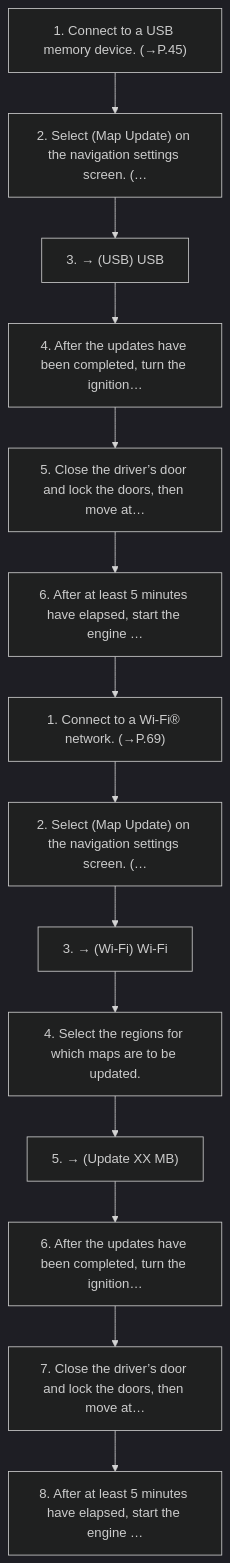
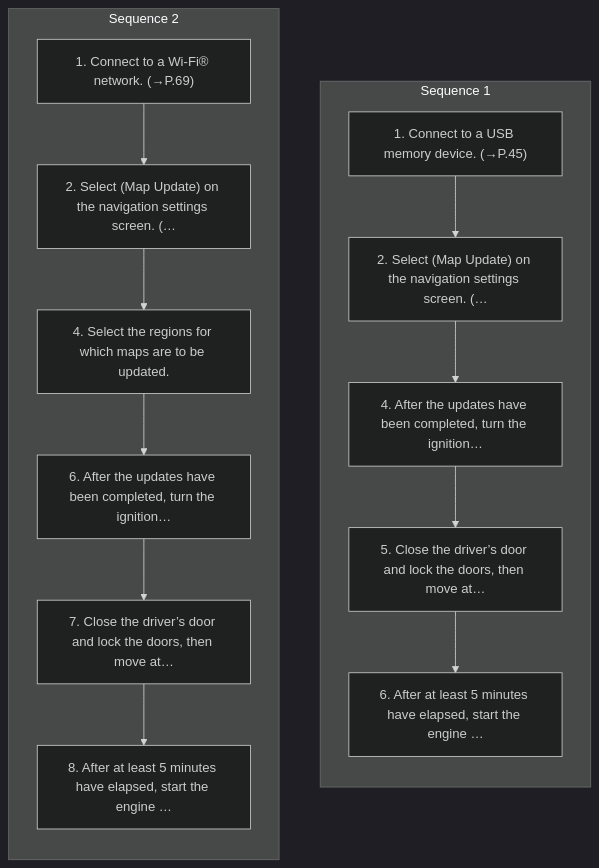
The diagram in workspace/subaru/ascent-2026/ivi/published/navigation-system-if-equipped/25-using-a-usb-memory-device.md (Chieko-Y/my-spec-generator), drawn with Mermaid (dark theme) before and after one commit. The commit also changed other lines of this file and 268 other files, not shown here.

````diff
--- a/workspace/subaru/ascent-2026/ivi/published/navigation-system-if-equipped/25-using-a-usb-memory-device.md
+++ b/workspace/subaru/ascent-2026/ivi/published/navigation-system-if-equipped/25-using-a-usb-memory-device.md
@@ -14,30 +14,29 @@
 ```mermaid
 flowchart TD
-    S1["1. Connect to a USB memory device. (→P.45)"]
-    S2["2. Select (Map Update) on the navigation settings screen. (…"]
-    S3["3. → (USB) USB"]
-    S4["4. After the updates have been completed, turn the ignition…"]
-    S5["5. Close the driver’s door and lock the doors, then move at…"]
-    S6["6. After at least 5 minutes have elapsed, start the engine …"]
-    S7["1. Connect to a Wi-Fi® network. (→P.69)"]
-    S8["2. Select (Map Update) on the navigation settings screen. (…"]
-    S9["3. → (Wi-Fi) Wi-Fi"]
-    S10["4. Select the regions for which maps are to be updated."]
-    S11["5. → (Update XX MB)"]
-    S12["6. After the updates have been completed, turn the ignition…"]
-    S13["7. Close the driver’s door and lock the doors, then move at…"]
-    S14["8. After at least 5 minutes have elapsed, start the engine …"]
-    S1 --> S2
-    S2 --> S3
-    S3 --> S4
-    S4 --> S5
-    S5 --> S6
-    S6 --> S7
-    S7 --> S8
-    S8 --> S9
-    S9 --> S10
-    S10 --> S11
-    S11 --> S12
-    S12 --> S13
-    S13 --> S14
+    subgraph SEQ1["Sequence 1"]
+    direction TB
+    S1_1["1. Connect to a USB memory device. (→P.45)"]
+    S1_2["2. Select (Map Update) on the navigation settings screen. (…"]
+    S1_4["4. After the updates have been completed, turn the ignition…"]
+    S1_5["5. Close the driver’s door and lock the doors, then move at…"]
+    S1_6["6. After at least 5 minutes have elapsed, start the engine …"]
+    S1_1 --> S1_2
+    S1_2 --> S1_4
+    S1_4 --> S1_5
+    S1_5 --> S1_6
+    end
+    subgraph SEQ2["Sequence 2"]
+    direction TB
+    S2_1["1. Connect to a Wi-Fi® network. (→P.69)"]
+    S2_2["2. Select (Map Update) on the navigation settings screen. (…"]
+    S2_4["4. Select the regions for which maps are to be updated."]
+    S2_6["6. After the updates have been completed, turn the ignition…"]
+    S2_7["7. Close the driver’s door and lock the doors, then move at…"]
+    S2_8["8. After at least 5 minutes have elapsed, start the engine …"]
+    S2_1 --> S2_2
+    S2_2 --> S2_4
+    S2_4 --> S2_6
+    S2_6 --> S2_7
+    S2_7 --> S2_8
+    end
 ```
````
